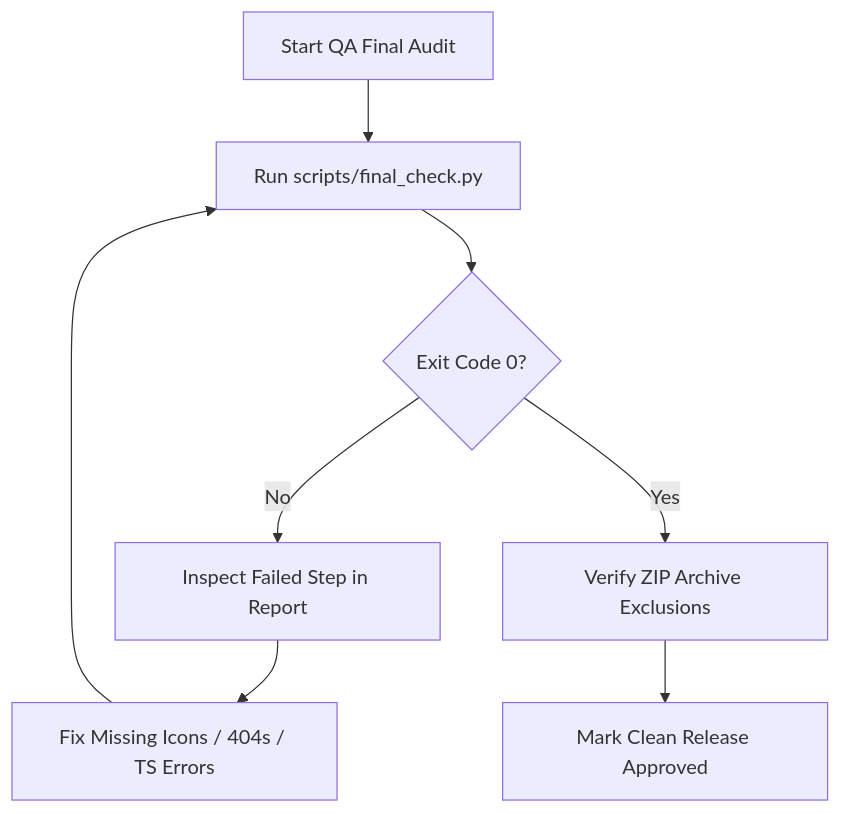
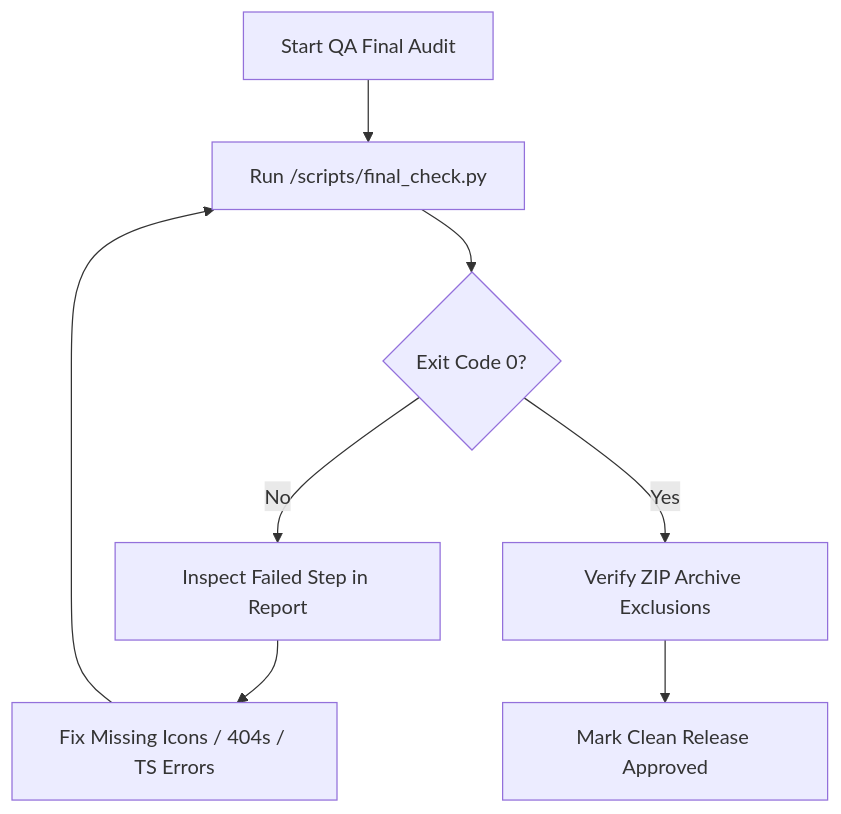
Before and after one commit to Junpapapo/junpapapo-skills: the diagram in chrome-extension-project-final-checker/SKILL.md, drawn with Mermaid. The commit also changed other lines of this file and 11 other files, not shown here.

Commit message:
fix(skills): standardize script execution paths with <skill_dir> and fix relative links

````diff
--- a/chrome-extension-project-final-checker/SKILL.md
+++ b/chrome-extension-project-final-checker/SKILL.md
@@ -154,10 +157,10 @@
 ```mermaid
 flowchart TD
-    A[Start QA Final Audit] --> B[Run scripts/final_check.py]
+    A[Start QA Final Audit] --> B[Run <skill_dir>/scripts/final_check.py]
     B --> C{Exit Code 0?}
     C -->|No| D[Inspect Failed Step in Report]
     D --> E[Fix Missing Icons / 404s / TS Errors]
     E --> B
     C -->|Yes| F[Verify ZIP Archive Exclusions]
     F --> G[Mark Clean Release Approved]
 ```
````
